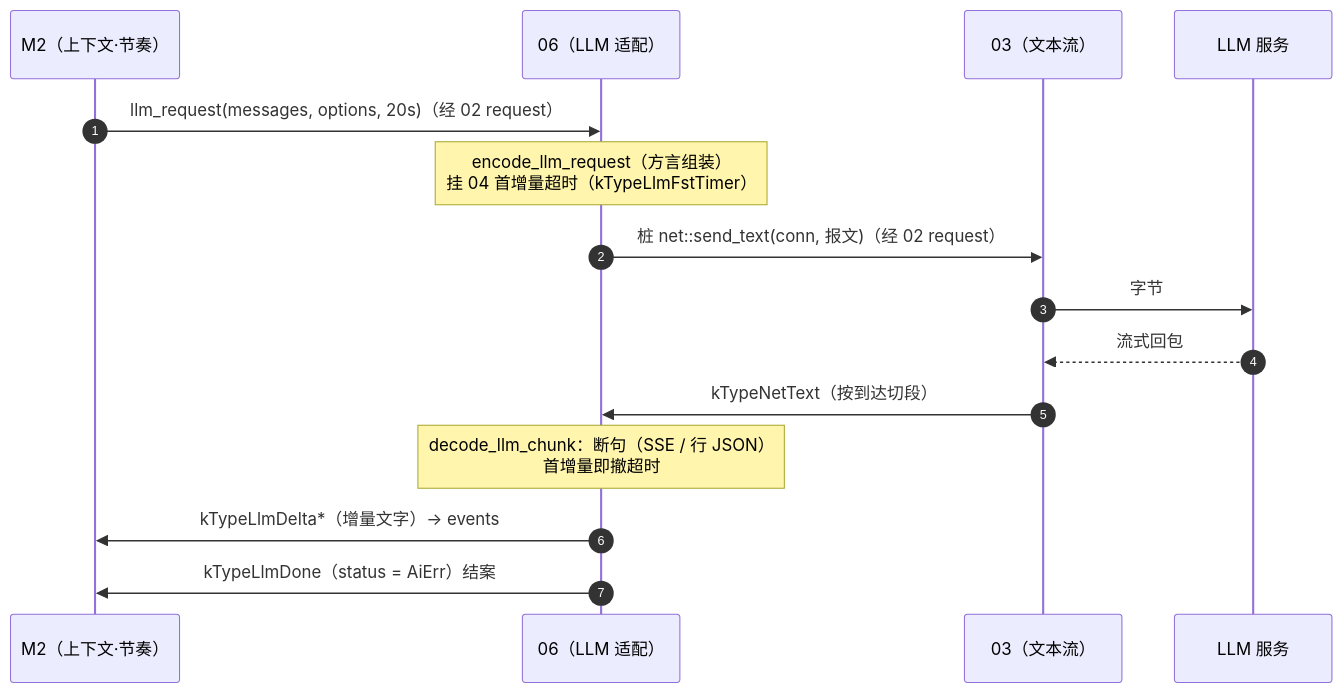
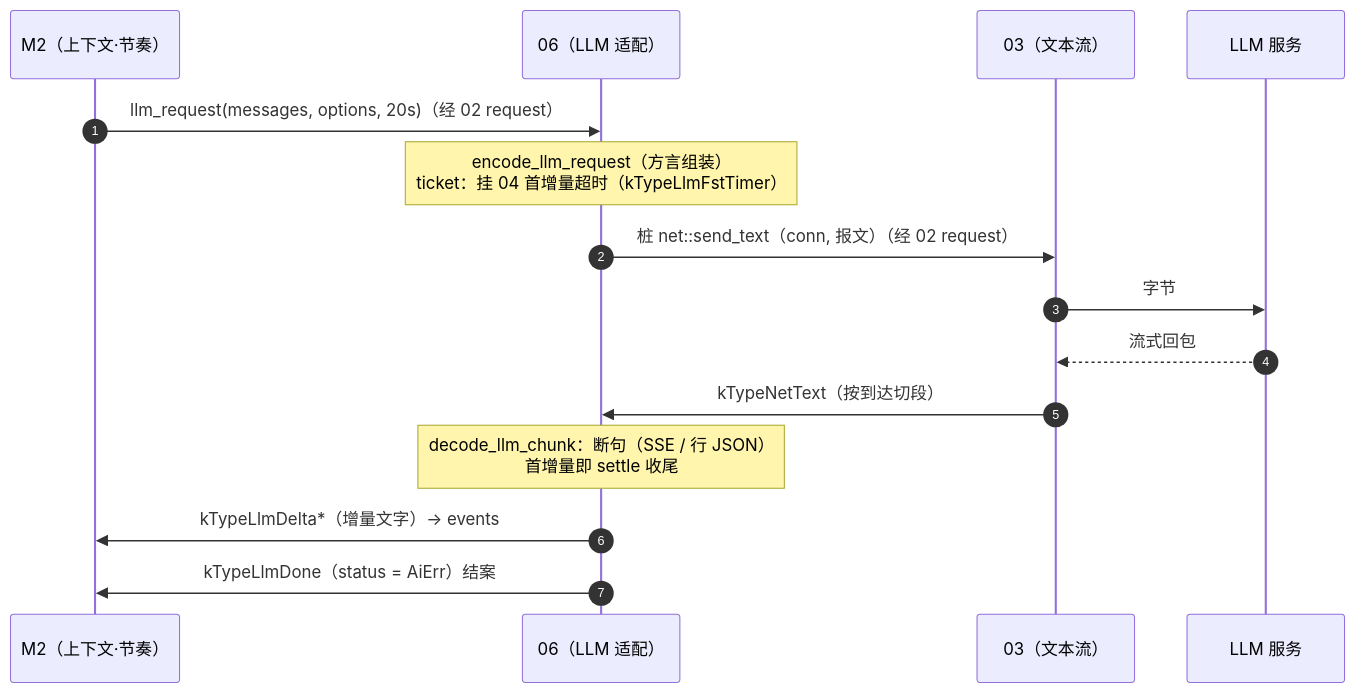
The second of 3 diagrams in doc/modules/06-ai.md (hihfe/smartdoll), drawn with Mermaid before and after one commit. The commit also changed other lines of this file and 7 other files, not shown here.

````diff
--- a/doc/modules/06-ai.md
+++ b/doc/modules/06-ai.md
@@ -304,18 +304,18 @@
 ```mermaid
 sequenceDiagram
     autonumber
     participant M2 as M2（上下文·节奏）
     participant AI as 06（LLM 适配）
     participant NET as 03（文本流）
     participant LLM as LLM 服务
 
     M2->>AI: llm_request(messages, options, 20s)（经 02 request）
-    Note over AI: encode_llm_request（方言组装）<br/>挂 04 首增量超时（kTypeLlmFstTimer）
-    AI->>NET: 桩 net::send_text(conn, 报文)（经 02 request）
+    Note over AI: encode_llm_request（方言组装）<br/>ticket：挂 04 首增量超时（kTypeLlmFstTimer）
+    AI->>NET: 桩 net::send_text（conn, 报文）（经 02 request）
     NET->>LLM: 字节
     LLM-->>NET: 流式回包
     NET->>AI: kTypeNetText（按到达切段）
-    Note over AI: decode_llm_chunk：断句（SSE / 行 JSON）<br/>首增量即撤超时
+    Note over AI: decode_llm_chunk：断句（SSE / 行 JSON）<br/>首增量即 settle 收尾
     AI->>M2: kTypeLlmDelta*（增量文字）→ events
     AI->>M2: kTypeLlmDone（status = AiErr）结案
 ```
````
